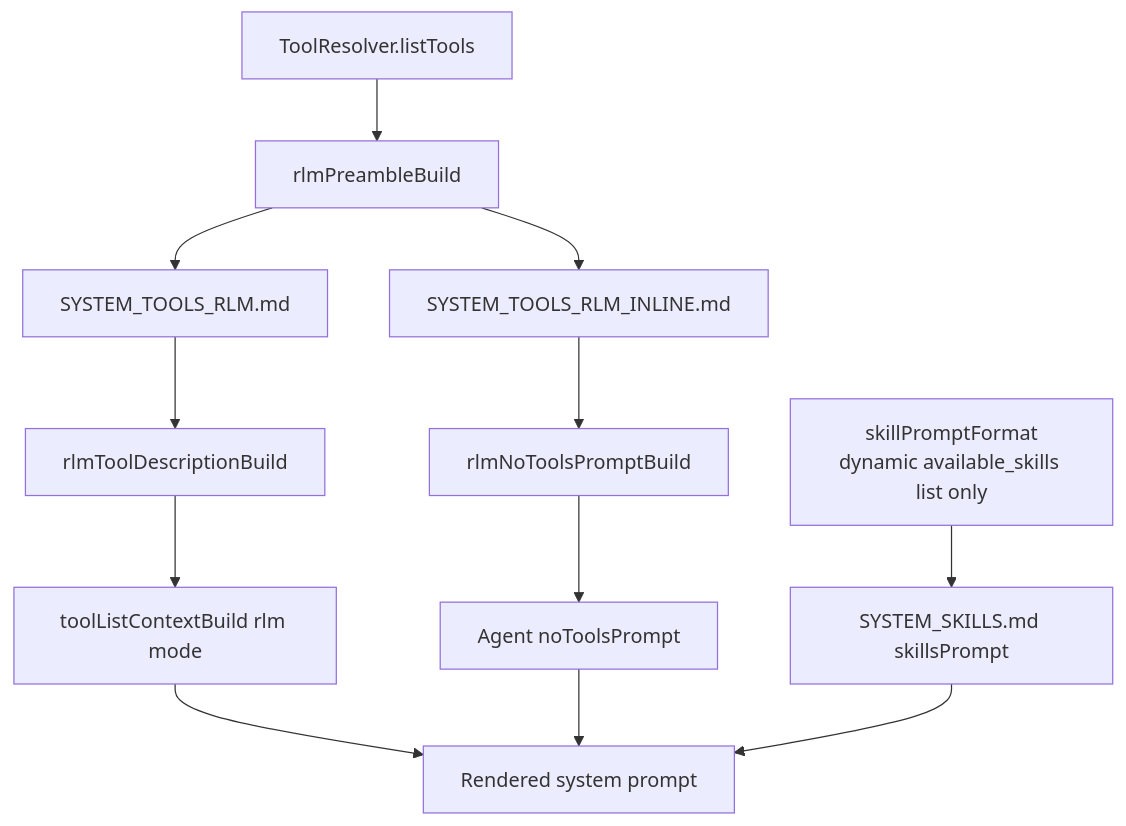
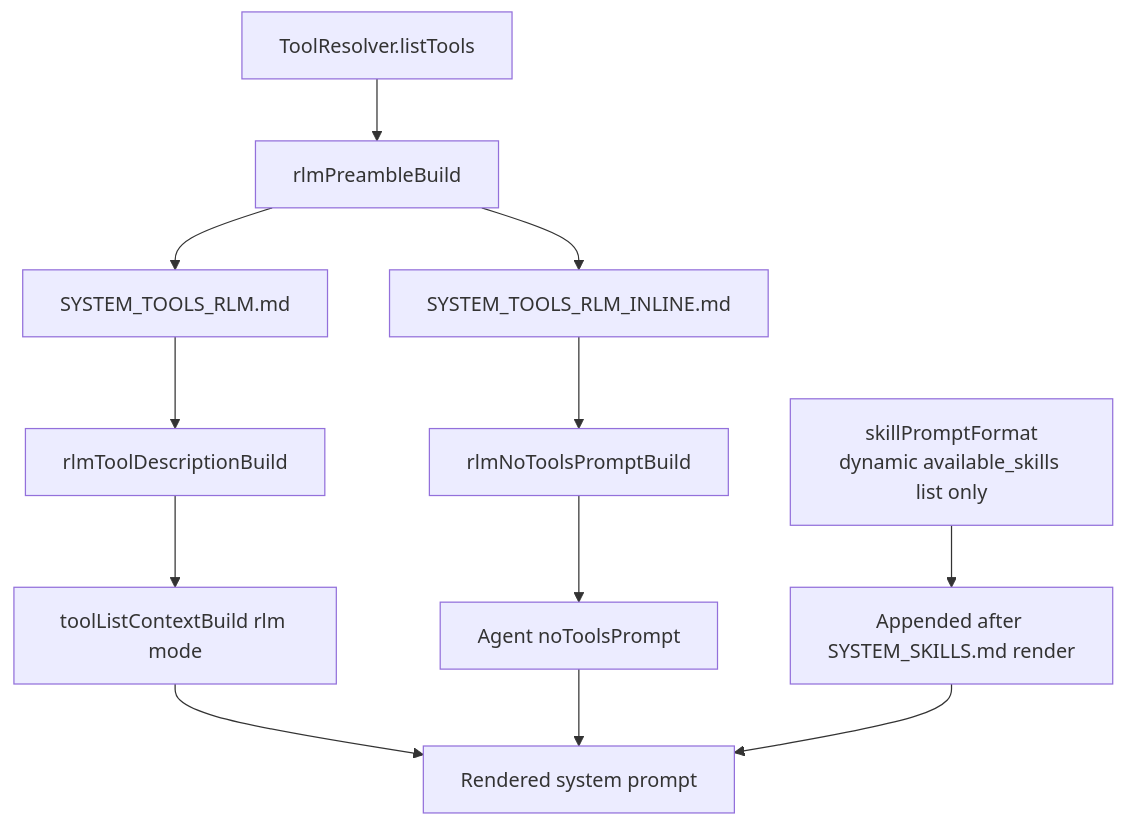
The diagram in doc/internals/prompt-tools-restructure.md (ex3ndr/daycare), drawn with Mermaid before and after one commit. The commit also changed other lines of this file and 5 other files, not shown here.

Commit message:
refactor(prompts): append skills prompt after skills section render

````diff
--- a/doc/internals/prompt-tools-restructure.md
+++ b/doc/internals/prompt-tools-restructure.md
@@ -11,14 +11,14 @@
 ```mermaid
 flowchart TD
   A[ToolResolver.listTools] --> B[rlmPreambleBuild]
   B --> C[SYSTEM_TOOLS_RLM.md]
   B --> D[SYSTEM_TOOLS_RLM_INLINE.md]
   C --> E[rlmToolDescriptionBuild]
   D --> F[rlmNoToolsPromptBuild]
   E --> G[toolListContextBuild rlm mode]
   F --> H[Agent noToolsPrompt]
-  I[skillPromptFormat<br/>dynamic available_skills list only] --> J[SYSTEM_SKILLS.md skillsPrompt]
+  I[skillPromptFormat<br/>dynamic available_skills list only] --> J[Appended after SYSTEM_SKILLS.md render]
   G --> K[Rendered system prompt]
   H --> K
   J --> K
 ```
````
